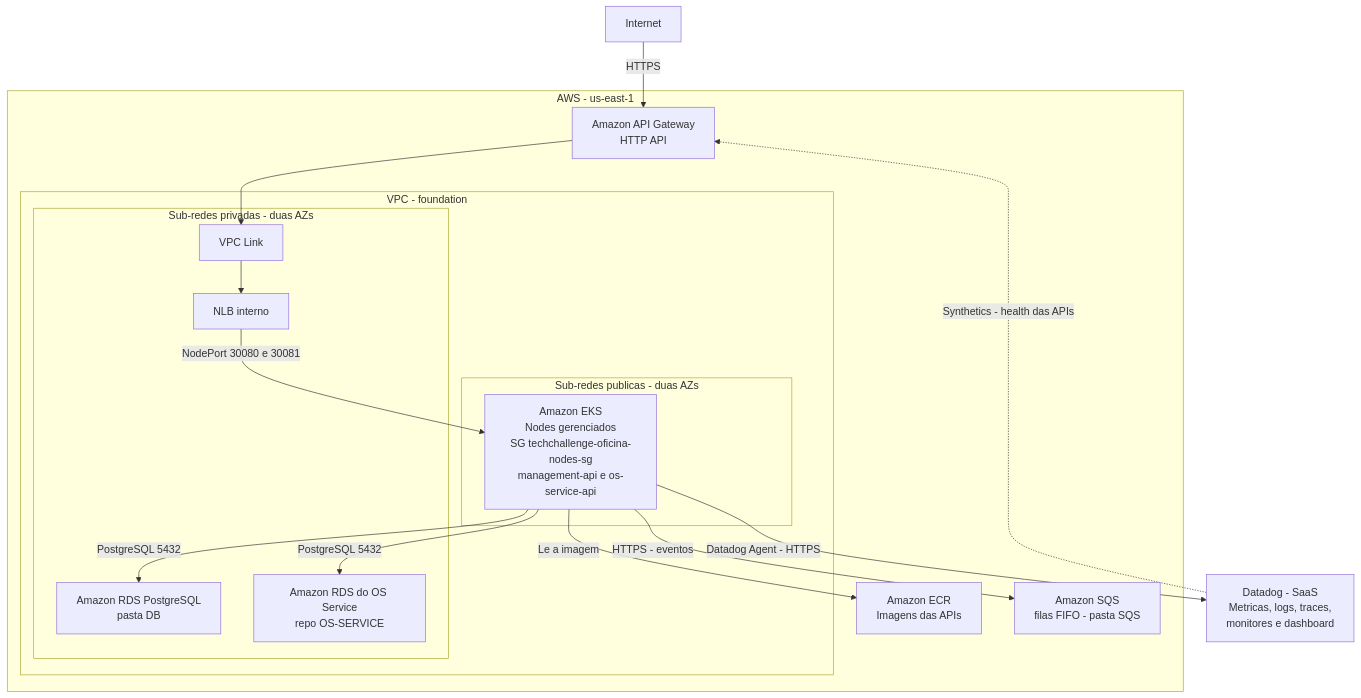
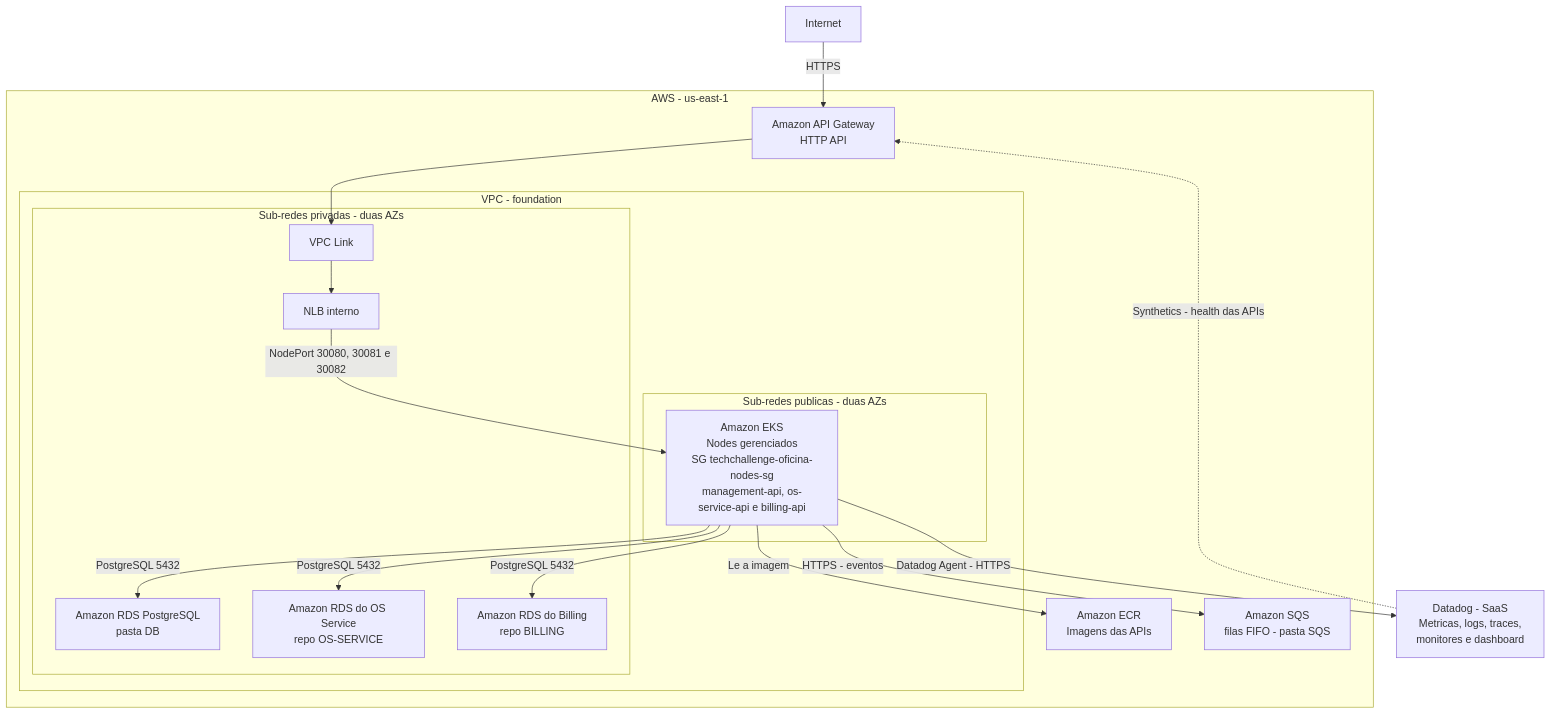
One commit to GuiToniello/tech-challenge-fase-4-MANAGEMENT-soat16-rm374658 changed the diagram in kubernetes/README.md. Above: the diagram before and after it, drawn with Mermaid. The commit also changed other lines of this file and 129 other files, not shown here.

Commit message:
feat: intergrar com a billing service

````diff
--- a/kubernetes/README.md
+++ b/kubernetes/README.md
@@ -23,36 +24,38 @@
 ```mermaid
 flowchart TD
   Internet[Internet]
   Datadog[Datadog - SaaS\nMetricas, logs, traces,\nmonitores e dashboard]
 
   subgraph AWS[AWS - us-east-1]
     APIGW[Amazon API Gateway\nHTTP API]
     ECR[Amazon ECR\nImagens das APIs]
 
     subgraph VPC[VPC - foundation]
       subgraph PublicSubnets[Sub-redes publicas - duas AZs]
-        EKS[Amazon EKS\nNodes gerenciados\nSG techchallenge-oficina-nodes-sg\nmanagement-api e os-service-api]
+        EKS[Amazon EKS\nNodes gerenciados\nSG techchallenge-oficina-nodes-sg\nmanagement-api, os-service-api e billing-api]
       end
 
       subgraph PrivateSubnets[Sub-redes privadas - duas AZs]
         VPCLink[VPC Link]
         NLB[NLB interno]
         RDS[Amazon RDS PostgreSQL\npasta DB]
         RDSOS[Amazon RDS do OS Service\nrepo OS-SERVICE]
+        RDSB[Amazon RDS do Billing\nrepo BILLING]
       end
     end
 
     SQS[Amazon SQS\nfilas FIFO - pasta SQS]
   end
 
   Internet -->|HTTPS| APIGW
   APIGW --> VPCLink
   VPCLink --> NLB
-  NLB -->|NodePort 30080 e 30081| EKS
+  NLB -->|NodePort 30080, 30081 e 30082| EKS
   EKS -->|Le a imagem| ECR
   EKS -->|PostgreSQL 5432| RDS
   EKS -->|PostgreSQL 5432| RDSOS
+  EKS -->|PostgreSQL 5432| RDSB
   EKS -->|HTTPS - eventos| SQS
   EKS -->|Datadog Agent - HTTPS| Datadog
   Datadog -.->|Synthetics - health das APIs| APIGW
 ```
````
